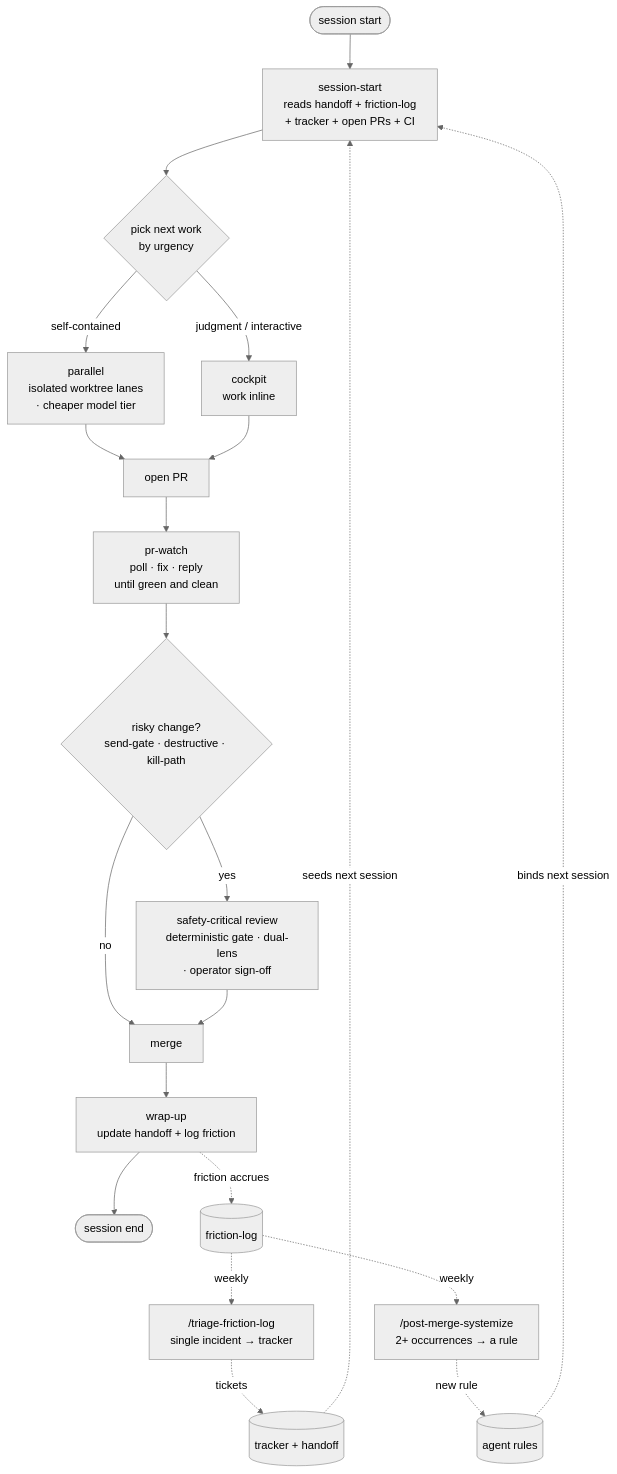
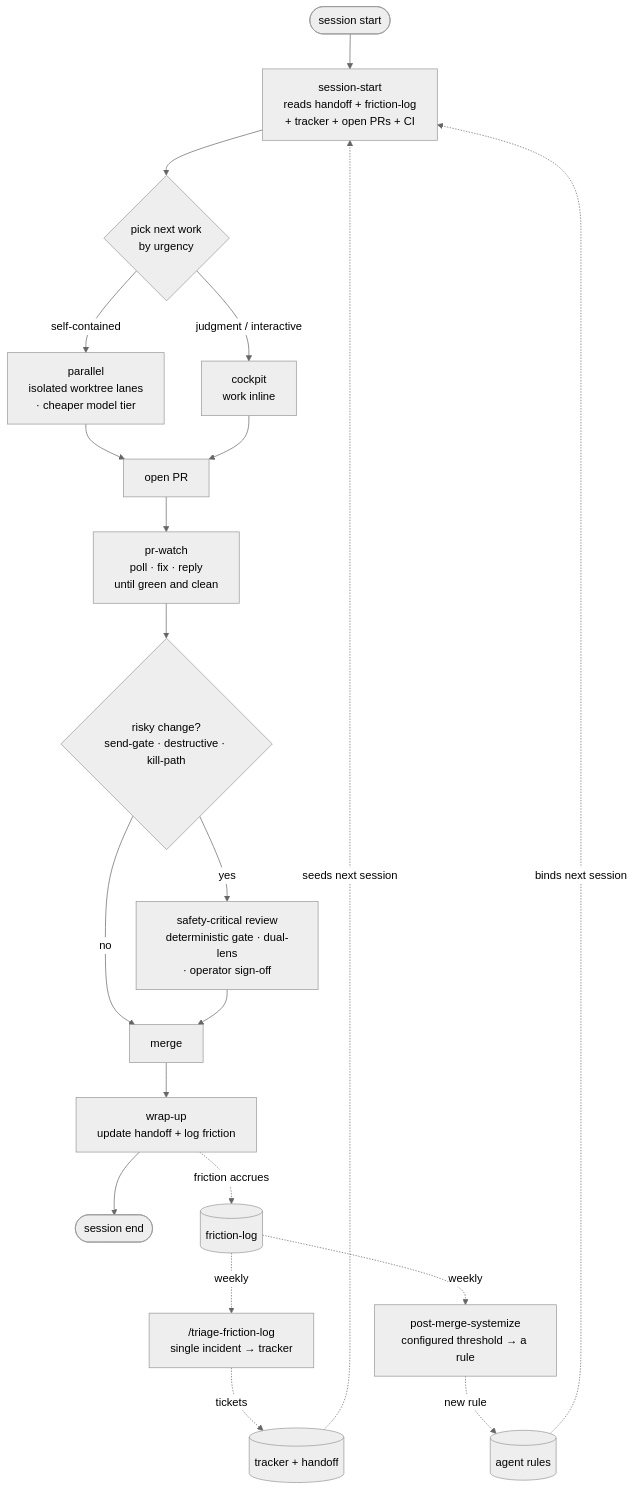
Before and after one commit to topij/agentic-dev-kit: the diagram in README.md, drawn with Mermaid (neutral theme). The commit also changed other lines of this file and 17 other files, not shown here.

First line of the commit message:
feat: share post-merge systemize workflow (#595)

````diff
--- a/README.md
+++ b/README.md
@@ -56,24 +56,24 @@
 ```mermaid
 flowchart TD
     A([session start]) --> B["session-start<br/>reads handoff + friction-log<br/>+ tracker + open PRs + CI"]
     B --> C{"pick next work<br/>by urgency"}
     C -->|self-contained| D["parallel<br/>isolated worktree lanes<br/>· cheaper model tier"]
     C -->|judgment / interactive| E["cockpit<br/>work inline"]
     D --> F["open PR"]
     E --> F
     F --> G["pr-watch<br/>poll · fix · reply<br/>until green and clean"]
     G --> H{"risky change?<br/>send-gate · destructive · kill-path"}
     H -->|yes| I["safety-critical review<br/>deterministic gate · dual-lens<br/>· operator sign-off"]
     H -->|no| J["merge"]
     I --> J
     J --> K["wrap-up<br/>update handoff + log friction"]
     K --> L([session end])
 
     K -. friction accrues .-> M[(friction-log)]
     M -. weekly .-> N["/triage-friction-log<br/>single incident → tracker"]
-    M -. weekly .-> O["/post-merge-systemize<br/>2+ occurrences → a rule"]
+    M -. weekly .-> O["post-merge-systemize<br/>configured threshold → a rule"]
     N -. tickets .-> P[(tracker + handoff)]
     O -. new rule .-> Q[(agent rules)]
     P -. seeds next session .-> B
     Q -. binds next session .-> B
 ```
````
